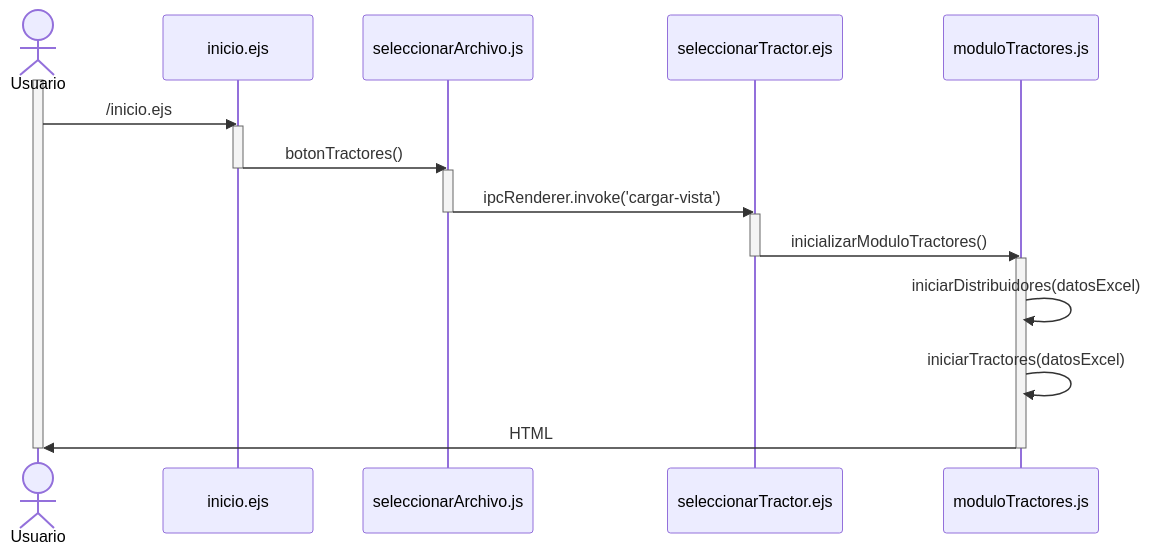
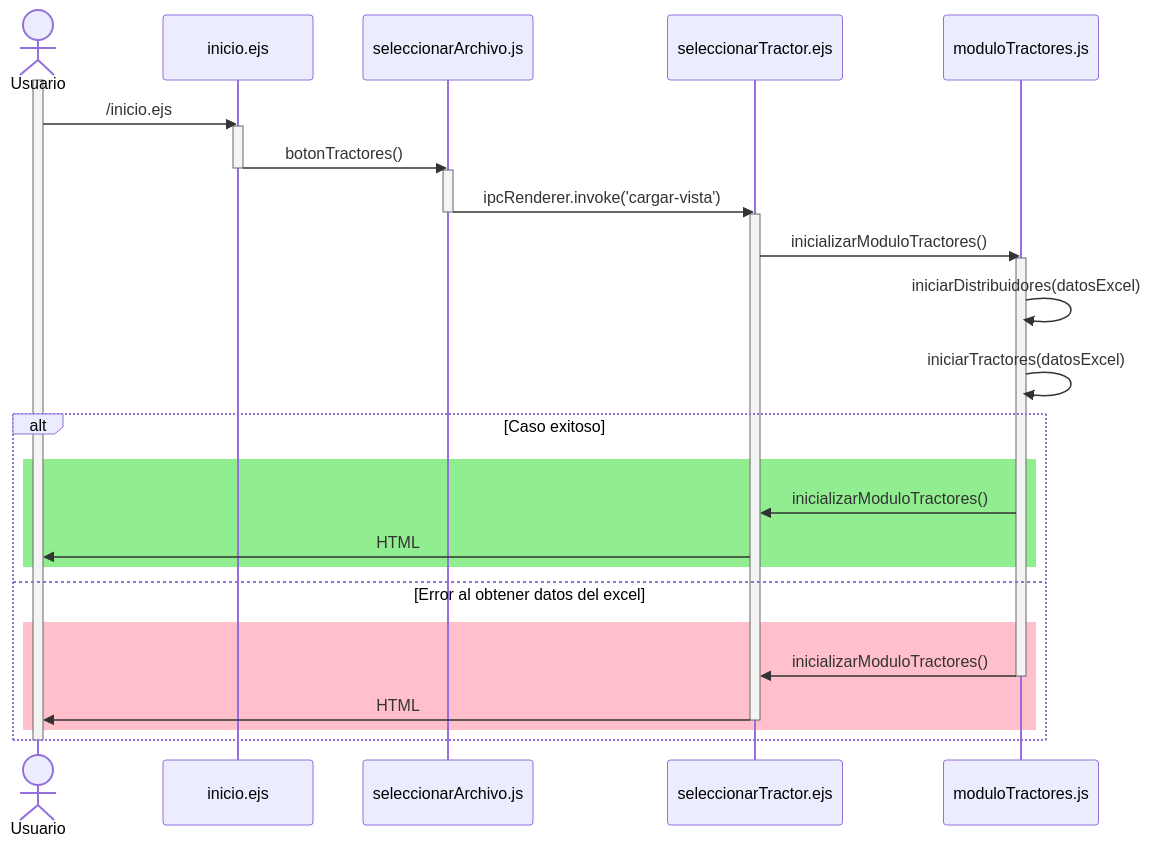
Before and after one commit to CodeAnd-Co/Documentacion: the diagram in documentation/docs/proyectos/tractores/documentacion/requisitos/RF13.md, drawn with Mermaid.

Commit message:
Corregir diagrama de secuencia RF13

````diff
--- a/documentation/docs/proyectos/tractores/documentacion/requisitos/RF13.md
+++ b/documentation/docs/proyectos/tractores/documentacion/requisitos/RF13.md
@@ -28,27 +28,37 @@
 ```mermaid
 sequenceDiagram
     actor Usuario
     participant vistaInicio as inicio.ejs
     participant seleccionarArchivo as seleccionarArchivo.js
     participant vistaTractores as seleccionarTractor.ejs
     participant moduloTractores as moduloTractores.js
 
     activate Usuario
     Usuario->>vistaInicio: /inicio.ejs
     activate vistaInicio
     vistaInicio->>seleccionarArchivo: botonTractores()
     deactivate vistaInicio
     activate seleccionarArchivo
     seleccionarArchivo->>vistaTractores: ipcRenderer.invoke('cargar-vista');
     deactivate seleccionarArchivo
     activate vistaTractores
     vistaTractores->>moduloTractores: inicializarModuloTractores()
-    deactivate vistaTractores
     activate moduloTractores
     moduloTractores->>moduloTractores: iniciarDistribuidores(datosExcel)
     moduloTractores->>moduloTractores: iniciarTractores(datosExcel)
-    moduloTractores->> Usuario: HTML
-    deactivate moduloTractores
+    alt Caso exitoso
+      rect Lightgreen
+      moduloTractores->>vistaTractores: inicializarModuloTractores()
+      vistaTractores->>Usuario: HTML
+      end
+    else Error al obtener datos del excel
+      rect Pink
+      moduloTractores->>vistaTractores: inicializarModuloTractores()
+      deactivate moduloTractores
+      vistaTractores->>Usuario: HTML
+      deactivate vistaTractores
+      end
+    end 
     deactivate Usuario
 
 ```
````
